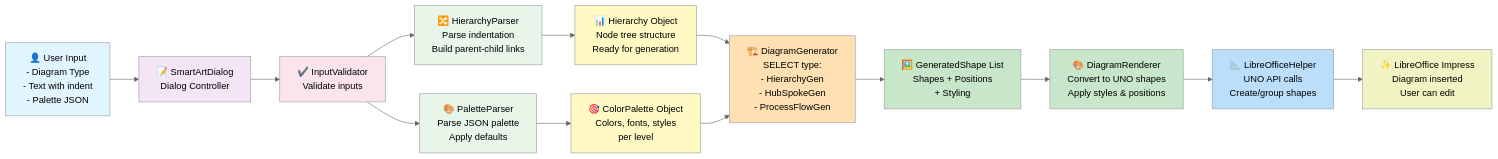
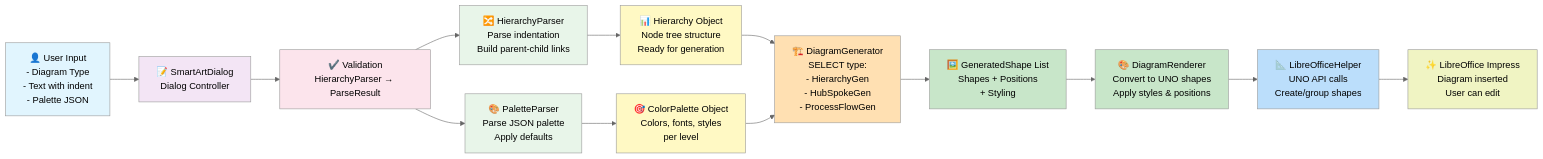
The fourth of 4 diagrams in Architecture_VDiagram.md (Steedalion/SmartArtForLibreImpress), drawn with Mermaid (neutral theme) before and after one commit. The commit also changed other lines of this file and 3 other files, not shown here.

````diff
--- a/Architecture_VDiagram.md
+++ b/Architecture_VDiagram.md
@@ -321,41 +321,41 @@
 ```mermaid
 graph LR
     A["👤 User Input<br/>- Diagram Type<br/>- Text with indent<br/>- Palette JSON"]
     B["📝 SmartArtDialog<br/>Dialog Controller"]
-    C["✔️ InputValidator<br/>Validate inputs"]
+    C["✔️ Validation<br/>HierarchyParser → ParseResult"]
     D["🔀 HierarchyParser<br/>Parse indentation<br/>Build parent-child links"]
     E["🎨 PaletteParser<br/>Parse JSON palette<br/>Apply defaults"]
     F["📊 Hierarchy Object<br/>Node tree structure<br/>Ready for generation"]
     G["🎯 ColorPalette Object<br/>Colors, fonts, styles<br/>per level"]
     H["🏗️ DiagramGenerator<br/>SELECT type:<br/>- HierarchyGen<br/>- HubSpokeGen<br/>- ProcessFlowGen"]
     I["🖼️ GeneratedShape List<br/>Shapes + Positions<br/>+ Styling"]
     J["🎨 DiagramRenderer<br/>Convert to UNO shapes<br/>Apply styles & positions"]
     K["📐 LibreOfficeHelper<br/>UNO API calls<br/>Create/group shapes"]
     L["✨ LibreOffice Impress<br/>Diagram inserted<br/>User can edit"]
     
     A --> B
     B --> C
     C --> D
     C --> E
     D --> F
     E --> G
     F --> H
     G --> H
     H --> I
     I --> J
     J --> K
     K --> L
     
     style A fill:#e1f5fe
     style B fill:#f3e5f5
     style C fill:#fce4ec
     style D fill:#e8f5e9
     style E fill:#e8f5e9
     style F fill:#fff9c4
     style G fill:#fff9c4
     style H fill:#ffe0b2
     style I fill:#c8e6c9
     style J fill:#c8e6c9
     style K fill:#bbdefb
     style L fill:#f0f4c3
 ```
````
